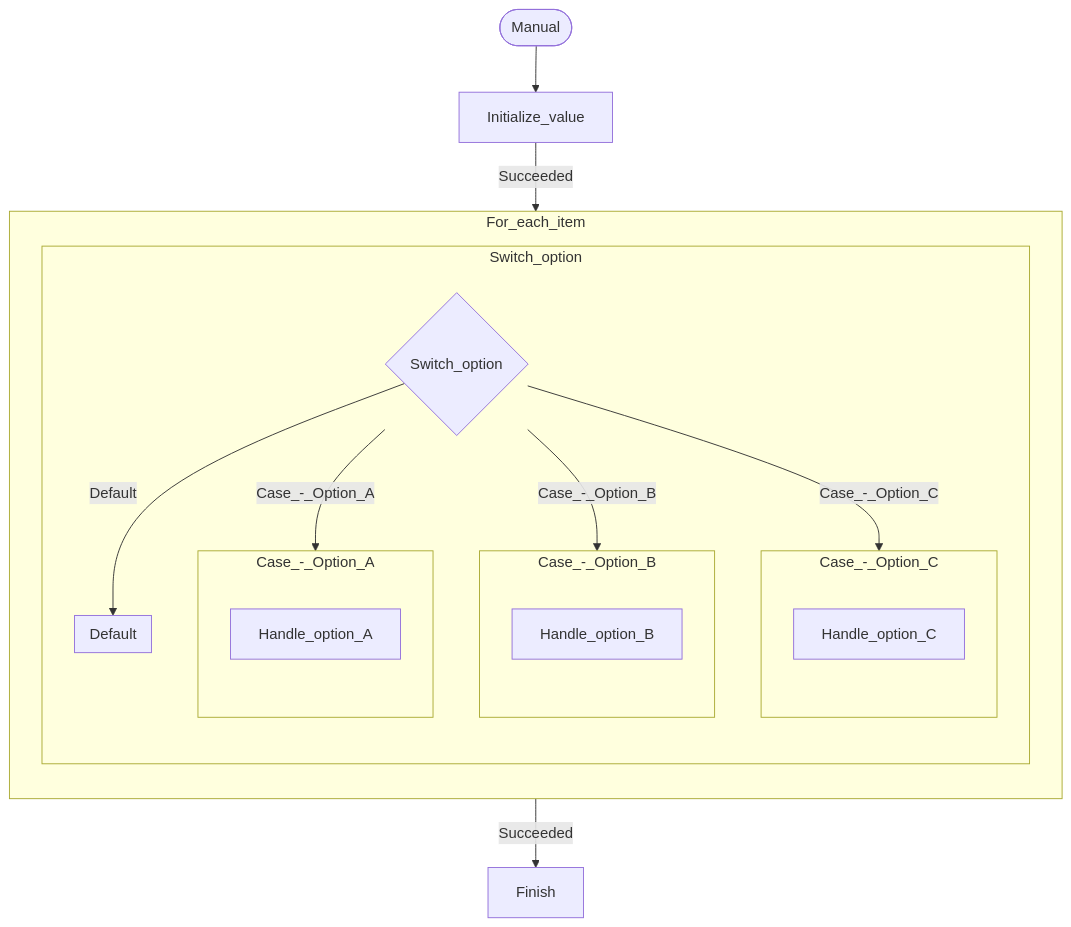
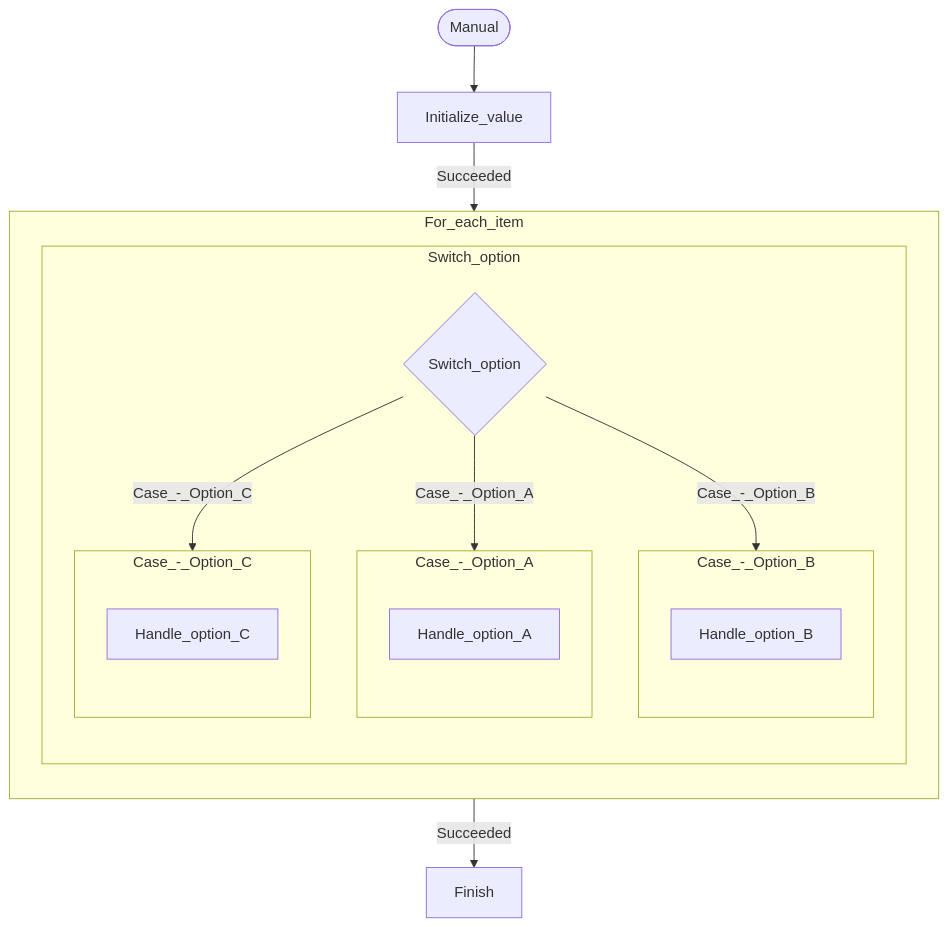
Before and after one commit to autosysops/PowerShell_PowerPlatformChecker: the diagram in tests/fixtures/expected/FlowChart.SwitchCaseFlow.expected.md, drawn with Mermaid. The commit also changed 80 other files, not shown here.

Commit message:
Added option to generate flowcharts for desktop flows and get information from power apps (model and canvas). Also added option to generate external diagrams.

```diff
--- a/tests/fixtures/expected/FlowChart.SwitchCaseFlow.expected.md
+++ b/tests/fixtures/expected/FlowChart.SwitchCaseFlow.expected.md
@@ -1,35 +1,31 @@
 :::mermaid
 flowchart TB
 action0(["Manual"])
 action1["Finish"]
 action10["Initialize_value"]
 subgraph action9_group["For_each_item"]
 direction TB
 subgraph action8_group["Switch_option"]
 direction TB
 action8{"Switch_option"}
 subgraph action3_group["Case_-_Option_A"]
 direction TB
 action2["Handle_option_A"]
 end
 subgraph action5_group["Case_-_Option_B"]
 direction TB
 action4["Handle_option_B"]
 end
 subgraph action7_group["Case_-_Option_C"]
 direction TB
 action6["Handle_option_C"]
 end
-subgraph action11_group["Default"]
-direction TB
-end
 action8 -- Case_-_Option_A --> action3_group
 action8 -- Case_-_Option_B --> action5_group
 action8 -- Case_-_Option_C --> action7_group
-action8 -- Default --> action11_group
 end
 end
 action0 --> action10
 action10 -- Succeeded --> action9_group
 action9_group -- Succeeded --> action1
 :::
```
